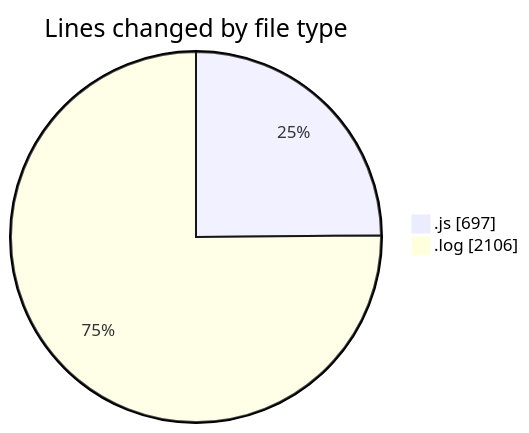
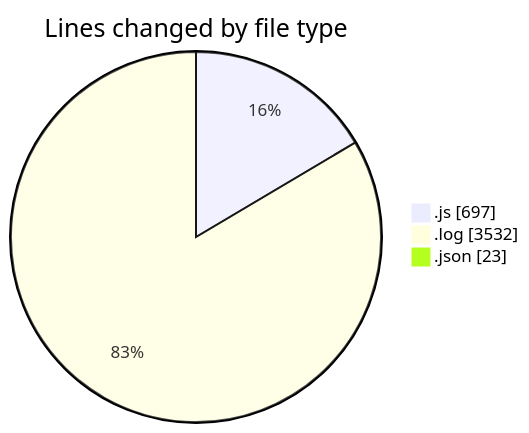
Before and after one commit to nxtqubesakshisongat/code-tracking: the first of 2 diagrams in 2025-04-15/nxtqube_webapp/README.md, drawn with Mermaid. The commit also changed other lines of this file and 1 other file, not shown here.

````diff
--- a/2025-04-15/nxtqube_webapp/README.md
+++ b/2025-04-15/nxtqube_webapp/README.md
@@ -22,6 +24,7 @@
 ```mermaid
 pie showData
 title Lines changed by file type
 ".js" : 697
-".log" : 2106
+".log" : 3532
+".json" : 23
 ```
````
